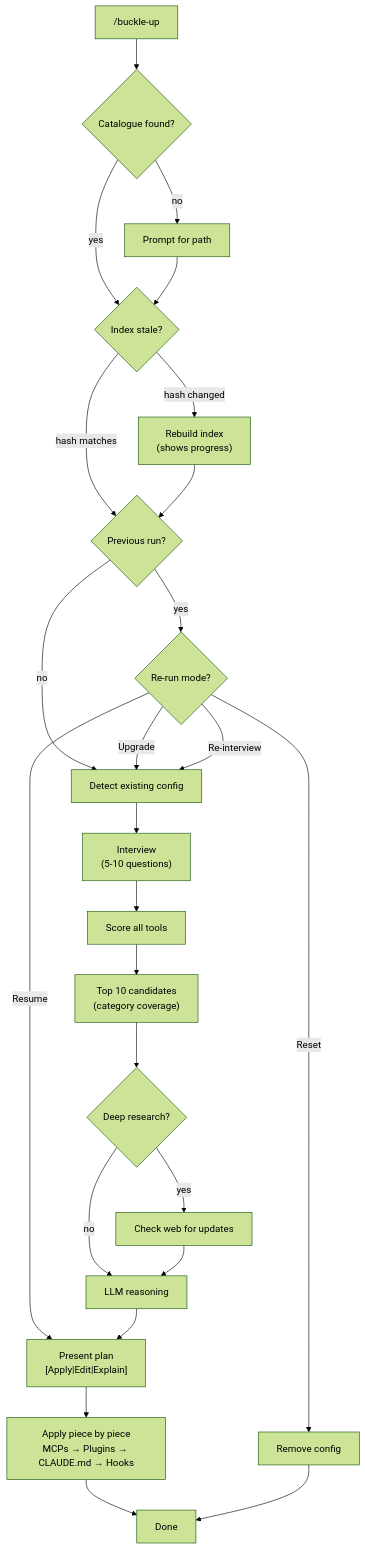
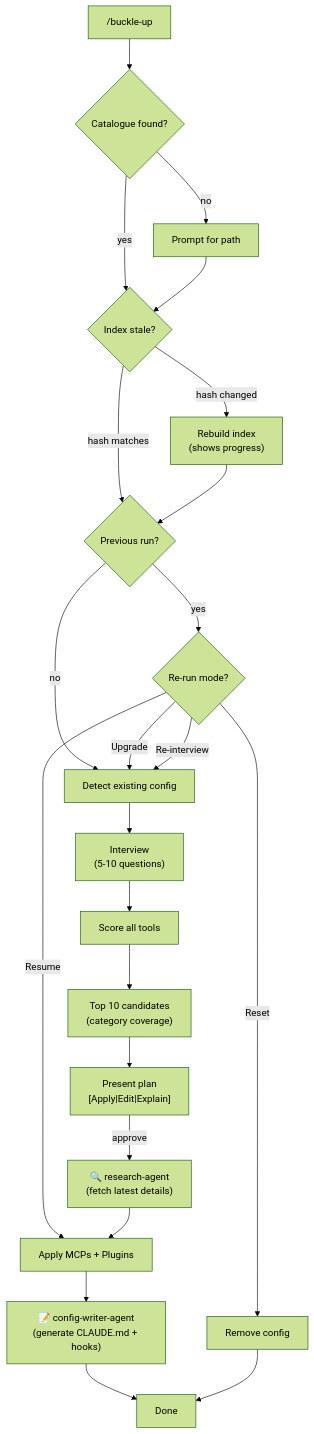
Before and after one commit to razpetel/buckle-up: the diagram in README.md, drawn with Mermaid (forest theme). The commit also changed other lines of this file and 5 other files, not shown here.

First line of the commit message:
feat: add research-agent and config-writer-agent

````diff
--- a/README.md
+++ b/README.md
@@ -17,27 +17,25 @@
 ```mermaid
 flowchart TD
     A["/buckle-up"] --> B{Catalogue found?}
     B -->|yes| C{Index stale?}
     B -->|no| B1[Prompt for path]
     B1 --> C
     C -->|"hash changed"| D["Rebuild index<br/>(shows progress)"]
     C -->|"hash matches"| E{Previous run?}
     D --> E
     E -->|yes| F{Re-run mode?}
     E -->|no| G[Detect existing config]
-    F -->|Resume| K
+    F -->|Resume| L1
     F -->|Upgrade| G
     F -->|Re-interview| G
     F -->|Reset| Z[Remove config]
     G --> H["Interview<br/>(5-10 questions)"]
     H --> I[Score all tools]
     I --> J["Top 10 candidates<br/>(category coverage)"]
-    J --> J1{Deep research?}
-    J1 -->|yes| J2[Check web for updates]
-    J1 -->|no| J3[LLM reasoning]
-    J2 --> J3
-    J3 --> K["Present plan<br/>[Apply|Edit|Explain]"]
-    K --> L["Apply piece by piece<br/>MCPs → Plugins → CLAUDE.md → Hooks"]
-    L --> M[Done]
+    J --> K["Present plan<br/>[Apply|Edit|Explain]"]
+    K -->|approve| R["🔍 research-agent<br/>(fetch latest details)"]
+    R --> L1["Apply MCPs + Plugins"]
+    L1 --> L2["📝 config-writer-agent<br/>(generate CLAUDE.md + hooks)"]
+    L2 --> M[Done]
     Z --> M
 ```
````
